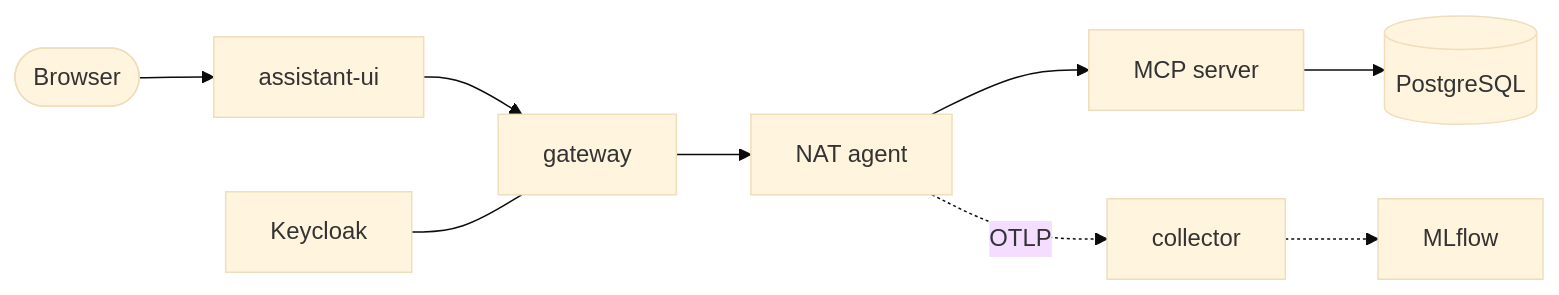
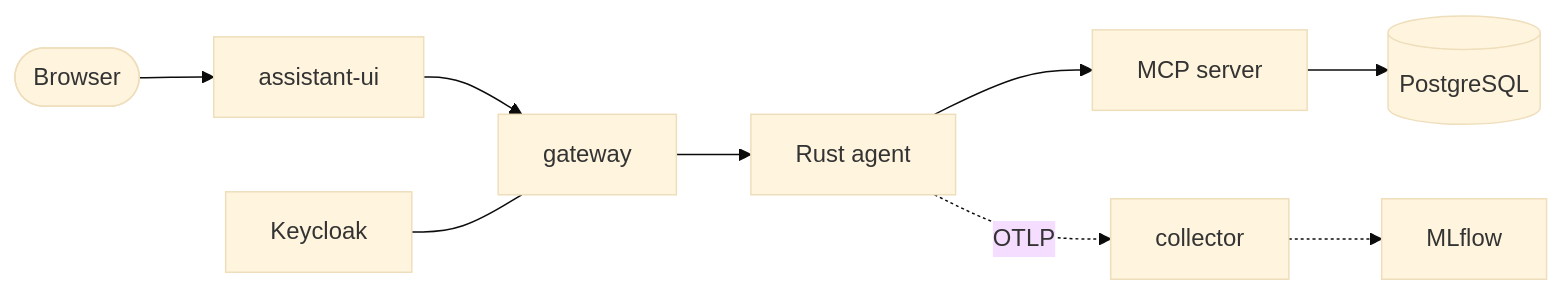
Before and after one commit to cognokratos/simple-agent-template: the diagram in docs/tutorials/01-run-the-agent.md, drawn with Mermaid (base theme). The commit also changed other lines of this file and 150 other files, not shown here.

First line of the commit message:
Promote the Rig + Rust agent to main and rewrite the curriculum around it (#12)

````diff
--- a/docs/tutorials/01-run-the-agent.md
+++ b/docs/tutorials/01-run-the-agent.md
@@ -105,6 +116,6 @@
 ```mermaid
 flowchart LR
-    B([Browser]) --> UI[assistant-ui] --> GW[gateway] --> AG[NAT agent] --> MCP[MCP server] --> DB[(PostgreSQL)]
+    B([Browser]) --> UI[assistant-ui] --> GW[gateway] --> AG[Rust agent] --> MCP[MCP server] --> DB[(PostgreSQL)]
     KC[Keycloak] --- GW
     AG -. OTLP .-> OT[collector] -.-> ML[MLflow]
 ```
````
